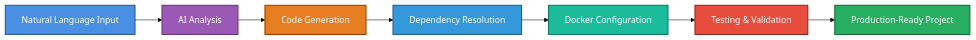
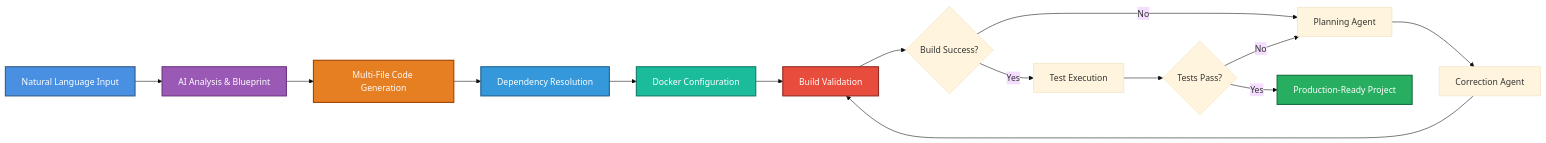
Before and after one commit to HyperKuvid-Labs/alpha-stack: the diagram in README.md, drawn with Mermaid (base theme). The commit also changed other lines of this file, not shown here.

````diff
--- a/README.md
+++ b/README.md
@@ -11,17 +47,24 @@
 ```mermaid
 graph LR
-    A[Natural Language Input] --> B[AI Analysis]
-    B --> C[Code Generation]
+    A[Natural Language Input] --> B[AI Analysis & Blueprint]
+    B --> C[Multi-File Code Generation]
     C --> D[Dependency Resolution]
     D --> E[Docker Configuration]
-    E --> F[Testing & Validation]
-    F --> G[Production-Ready Project]
+    E --> F[Build Validation]
+    F --> G{Build Success?}
+    G -->|No| H[Planning Agent]
+    H --> I[Correction Agent]
+    I --> F
+    G -->|Yes| J[Test Execution]
+    J --> K{Tests Pass?}
+    K -->|No| H
+    K -->|Yes| L[Production-Ready Project]
 
     style A fill:#4A90E2,stroke:#2E5C8A,stroke-width:2px,color:#fff
     style B fill:#9B59B6,stroke:#6C3483,stroke-width:2px,color:#fff
     style C fill:#E67E22,stroke:#A04000,stroke-width:2px,color:#fff
     style D fill:#3498DB,stroke:#1F618D,stroke-width:2px,color:#fff
     style E fill:#1ABC9C,stroke:#117A65,stroke-width:2px,color:#fff
     style F fill:#E74C3C,stroke:#922B21,stroke-width:2px,color:#fff
-    style G fill:#27AE60,stroke:#186A3B,stroke-width:2px,color:#fff
+    style L fill:#27AE60,stroke:#186A3B,stroke-width:2px,color:#fff
 ```
````
